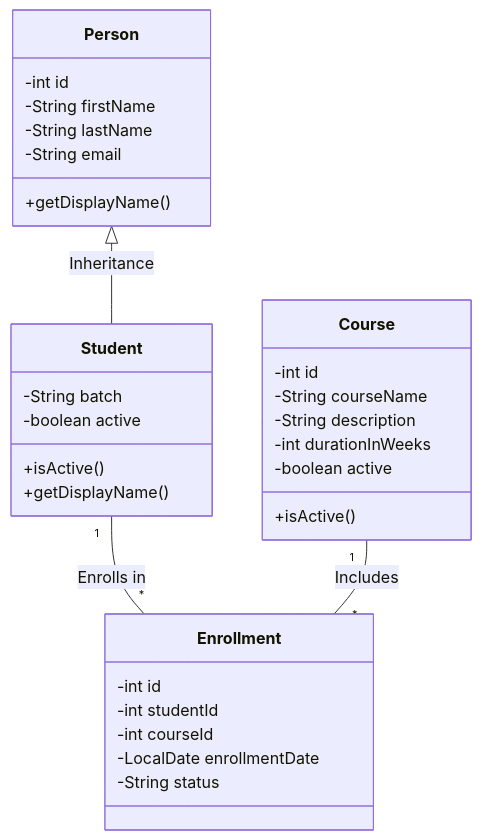
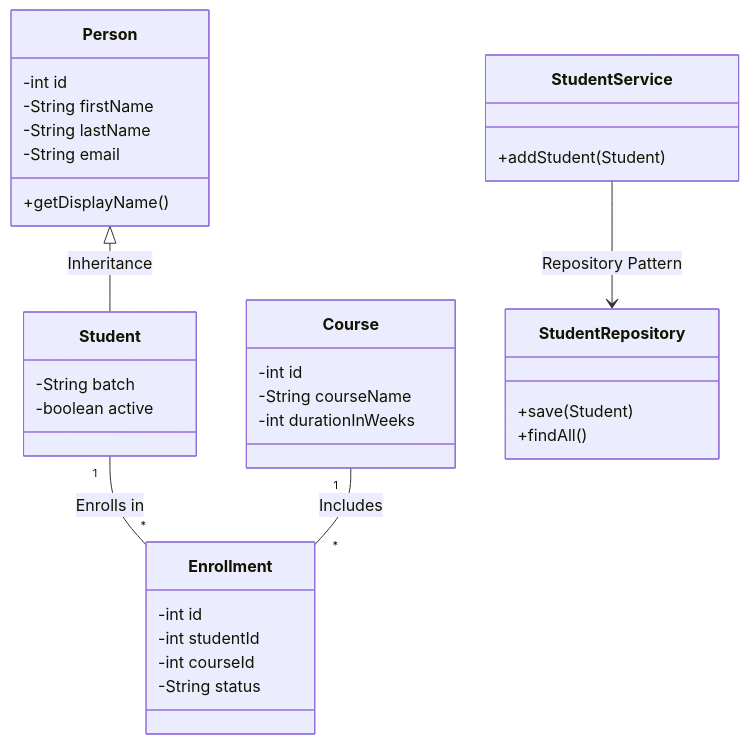
One commit to Anirudhcv678/learntrackjava changed the diagram in README.md. Above: the diagram before and after it, drawn with Mermaid. The commit also changed other lines of this file and 7 other files, not shown here.

Commit message:
Refactor: Added Repository Pattern, Javadoc, and refined README for PR

````diff
--- a/README.md
+++ b/README.md
@@ -29,38 +38,42 @@
 ```mermaid
 classDiagram
     class Person {
         -int id
         -String firstName
         -String lastName
         -String email
         +getDisplayName()
     }
     
     class Student {
         -String batch
         -boolean active
-        +isActive()
-        +getDisplayName()
     }
     
     class Course {
         -int id
         -String courseName
-        -String description
         -int durationInWeeks
-        -boolean active
-        +isActive()
     }
     
     class Enrollment {
         -int id
         -int studentId
         -int courseId
-        -LocalDate enrollmentDate
         -String status
     }
     
+    class StudentRepository {
+        +save(Student)
+        +findAll()
+    }
+
+    class StudentService {
+        +addStudent(Student)
+    }
+
     Person <|-- Student : Inheritance
+    StudentService --> StudentRepository : Repository Pattern
     Student "1" -- "*" Enrollment : Enrolls in
     Course "1" -- "*" Enrollment : Includes
 ```
````
